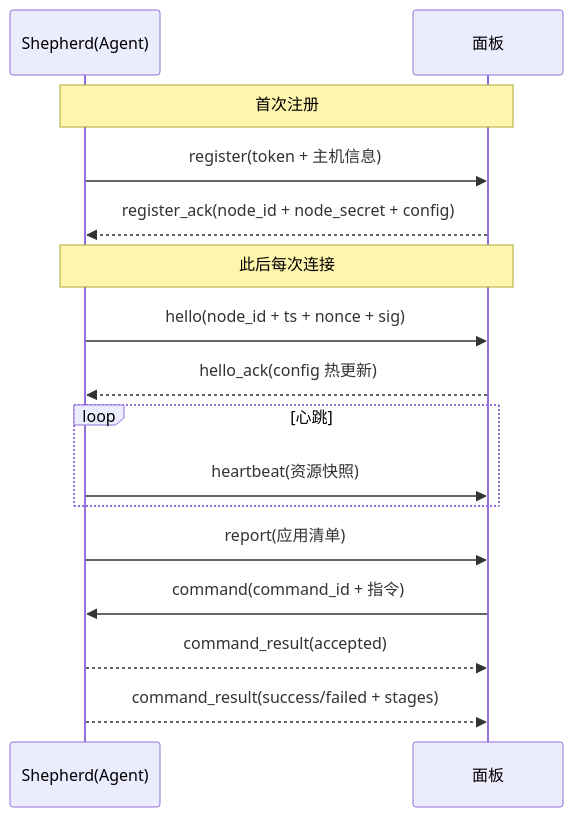
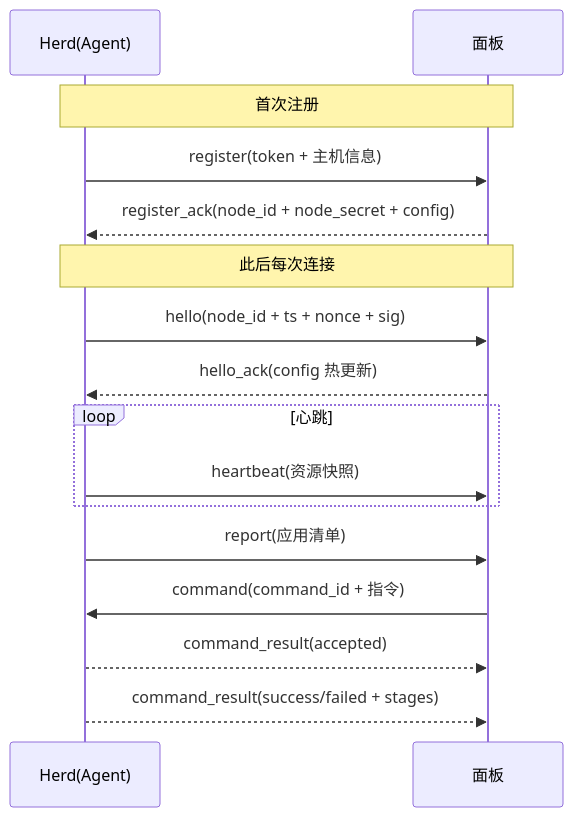
One commit to Aealen/moonshepherd changed the second of 2 diagrams in docs/04-通信协议规范.md. Above: the diagram before and after it, drawn with Mermaid. The commit also changed other lines of this file and 32 other files, not shown here.

````diff
--- a/docs/04-通信协议规范.md
+++ b/docs/04-通信协议规范.md
@@ -293,18 +293,18 @@
 ```mermaid
 sequenceDiagram
-    participant S as Shepherd(Agent)
+    participant S as Herd(Agent)
     participant P as 面板
     Note over S,P: 首次注册
     S->>P: register(token + 主机信息)
     P-->>S: register_ack(node_id + node_secret + config)
     Note over S,P: 此后每次连接
     S->>P: hello(node_id + ts + nonce + sig)
     P-->>S: hello_ack(config 热更新)
     loop 心跳
         S->>P: heartbeat(资源快照)
     end
     S->>P: report(应用清单)
     P->>S: command(command_id + 指令)
     S-->>P: command_result(accepted)
     S-->>P: command_result(success/failed + stages)
 ```
````
